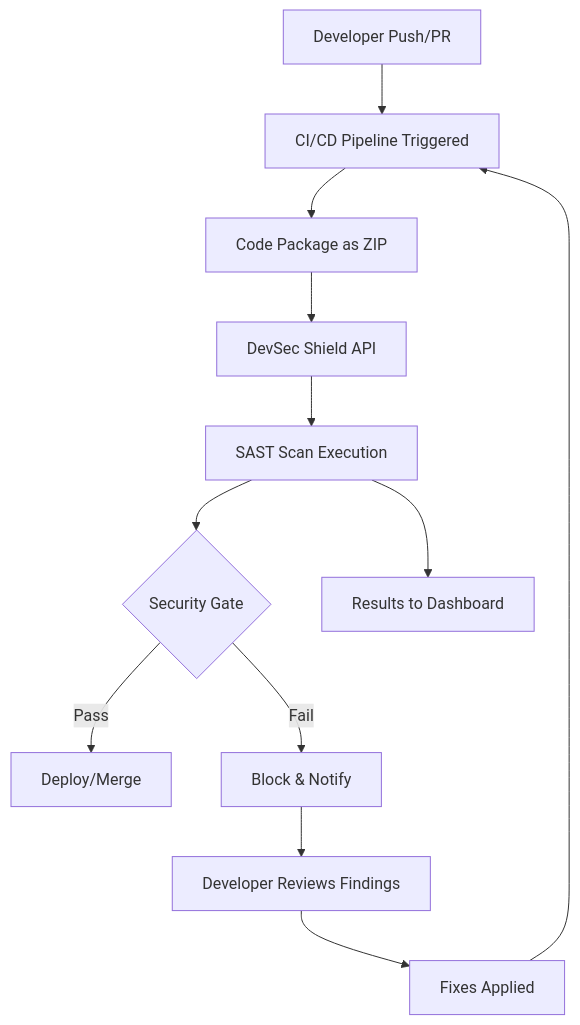
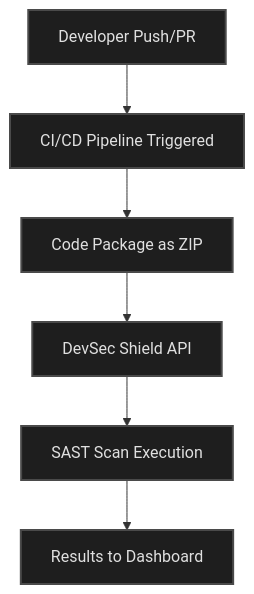
The second of 4 diagrams in Docs.md (CyberUltron-Consulting-Private-Limited/DevSecShield), drawn with Mermaid before and after one commit. The commit also changed other lines of this file and 5 other files, not shown here.

````diff
--- a/Docs.md
+++ b/Docs.md
@@ -122,14 +483,10 @@
 ```mermaid
 flowchart TD
     A[Developer Push/PR] --> B[CI/CD Pipeline Triggered]
     B --> C[Code Package as ZIP]
     C --> D[DevSec Shield API]
     D --> E[SAST Scan Execution]
-    E --> F{Security Gate}
-    F -->|Pass| G[Deploy/Merge]
-    F -->|Fail| H[Block & Notify]
-    H --> I[Developer Reviews Findings]
-    I --> J[Fixes Applied]
-    J --> B
-    E --> K[Results to Dashboard]
+    E --> F[Results to Dashboard]
+    
+    classDef default fill:#1e1e1e,stroke:#4a4a4a,stroke-width:2px,color:#e0e0e0
 ```
````
